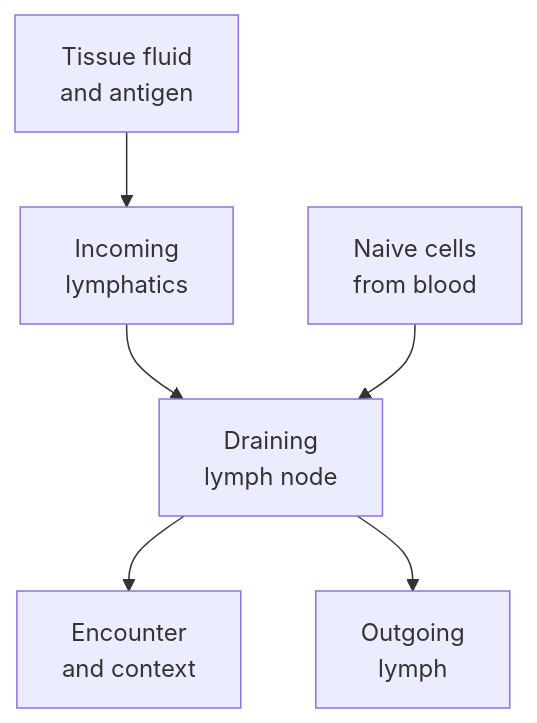
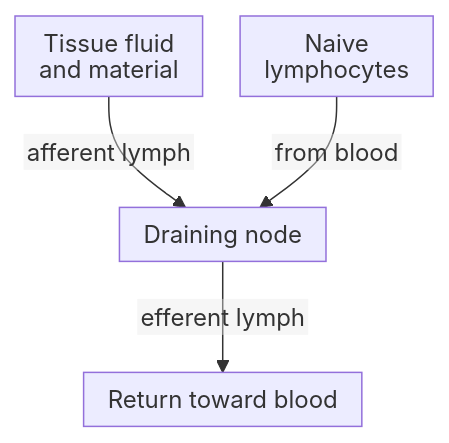
One commit to jasonLaster/oncoguide changed the diagram in wiki/education/concepts/immunology/the-immune-system/lymph-nodes-and-lymphatics.md. Above: the diagram before and after it, drawn with Mermaid. The commit also changed other lines of this file and 30 other files, not shown here.

````diff
--- a/wiki/education/concepts/immunology/the-immune-system/lymph-nodes-and-lymphatics.md
+++ b/wiki/education/concepts/immunology/the-immune-system/lymph-nodes-and-lymphatics.md
@@ -40,8 +44,7 @@
 ```mermaid
+%%{init: {"htmlLabels":false,"flowchart":{"htmlLabels":false,"padding":8,"nodeSpacing":25}}}%%
 flowchart TD
-  A["Tissue fluid<br/>and antigen"] --> B["Incoming<br/>lymphatics"]
-  B --> C["Draining<br/>lymph node"]
-  D["Naive cells<br/>from blood"] --> C
-  C --> E["Encounter<br/>and context"]
-  C --> F["Outgoing<br/>lymph"]
+  A["Tissue fluid<br/>and material"] -->|"afferent lymph"| B["Draining node"]
+  B -->|"efferent lymph"| C["Return toward blood"]
+  D["Naive<br/>lymphocytes"] -->|"from blood"| B
 ```
````
